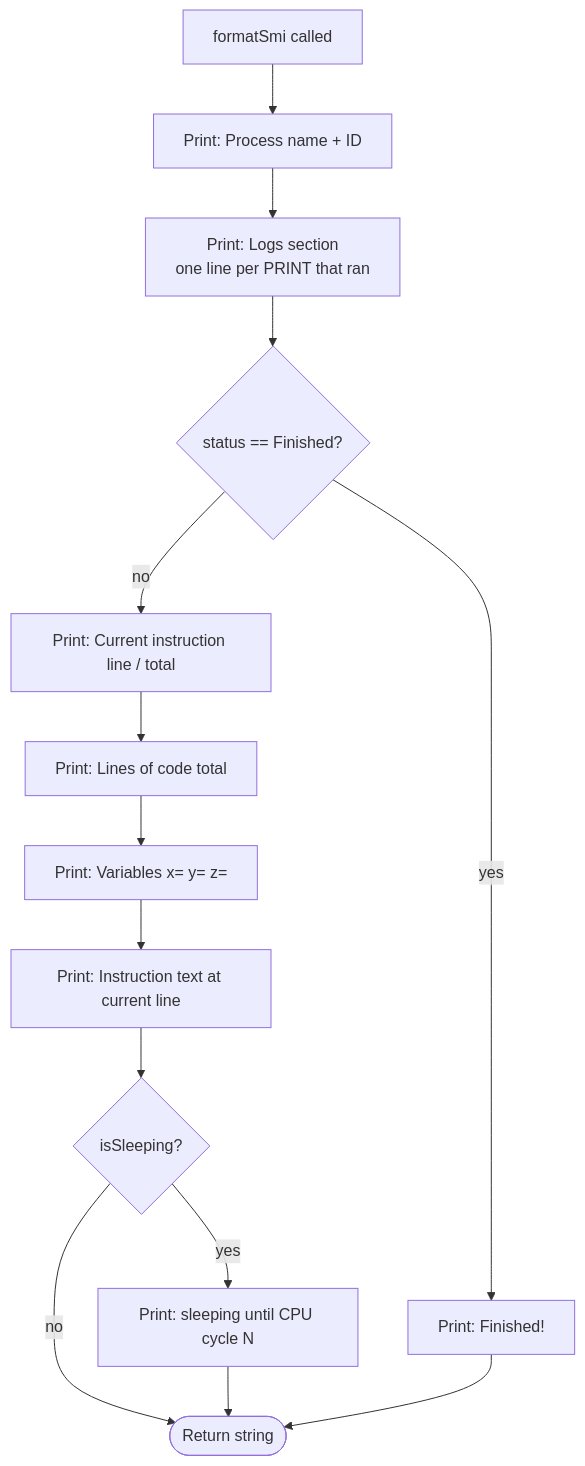
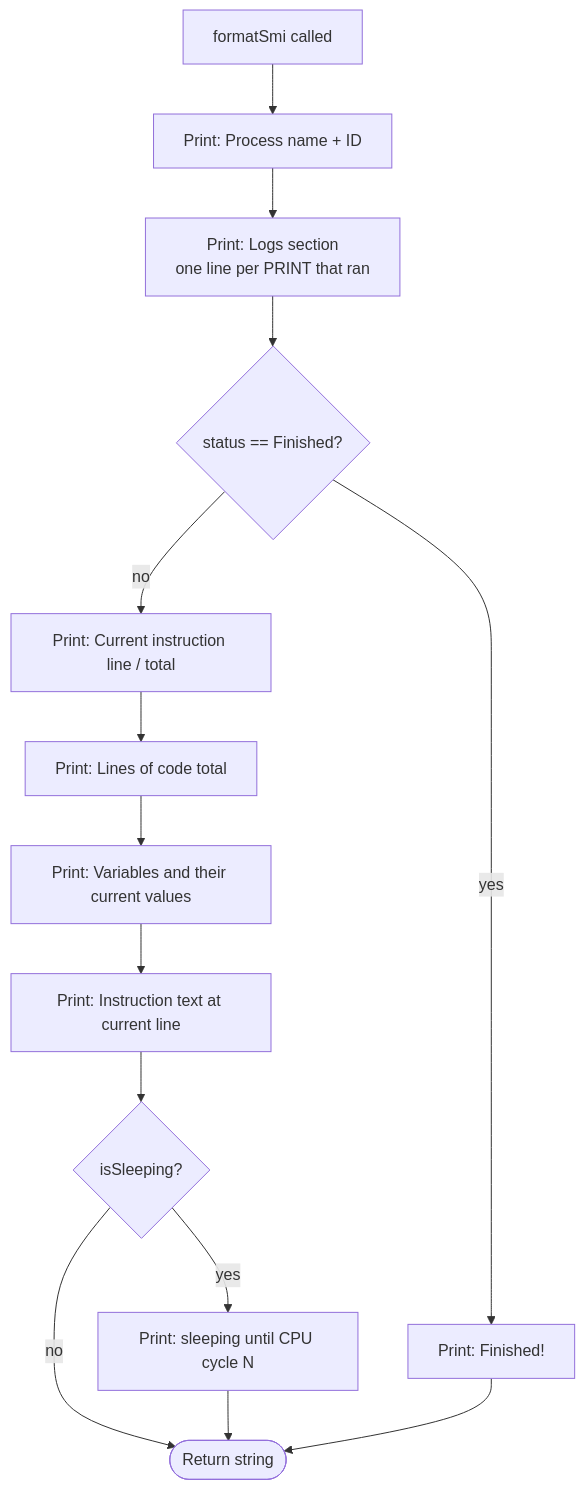
Before and after one commit to JeyyM/csopesy-mp1: the fourth of 4 diagrams in diagrams/E_process_representation.md, drawn with Mermaid. The commit also changed other lines of this file and 17 other files, not shown here.

````diff
--- a/diagrams/E_process_representation.md
+++ b/diagrams/E_process_representation.md
@@ -110,16 +107,16 @@
 ```mermaid
 flowchart TD
     CALL[formatSmi called] --> A[Print: Process name + ID]
     A --> B[Print: Logs section\none line per PRINT that ran]
     B --> FCHK{status == Finished?}
     FCHK -- yes --> C[Print: Finished!]
     FCHK -- no --> D[Print: Current instruction line / total]
     D --> E[Print: Lines of code total]
-    E --> F[Print: Variables x= y= z=]
+    E --> F[Print: Variables and their current values]
     F --> G[Print: Instruction text at current line]
     G --> SLPCHK{isSleeping?}
     SLPCHK -- yes --> H[Print: sleeping until CPU cycle N]
     SLPCHK -- no --> DONE([Return string])
     H --> DONE
     C --> DONE
 ```
````
